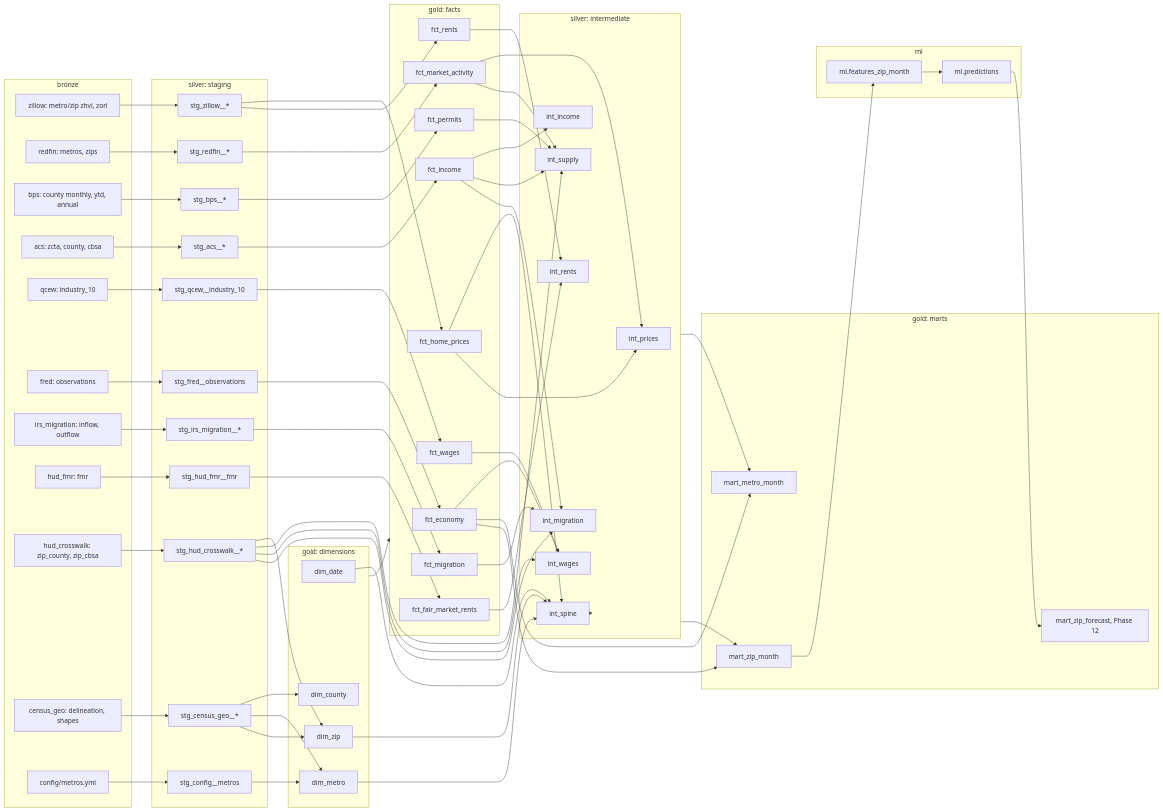
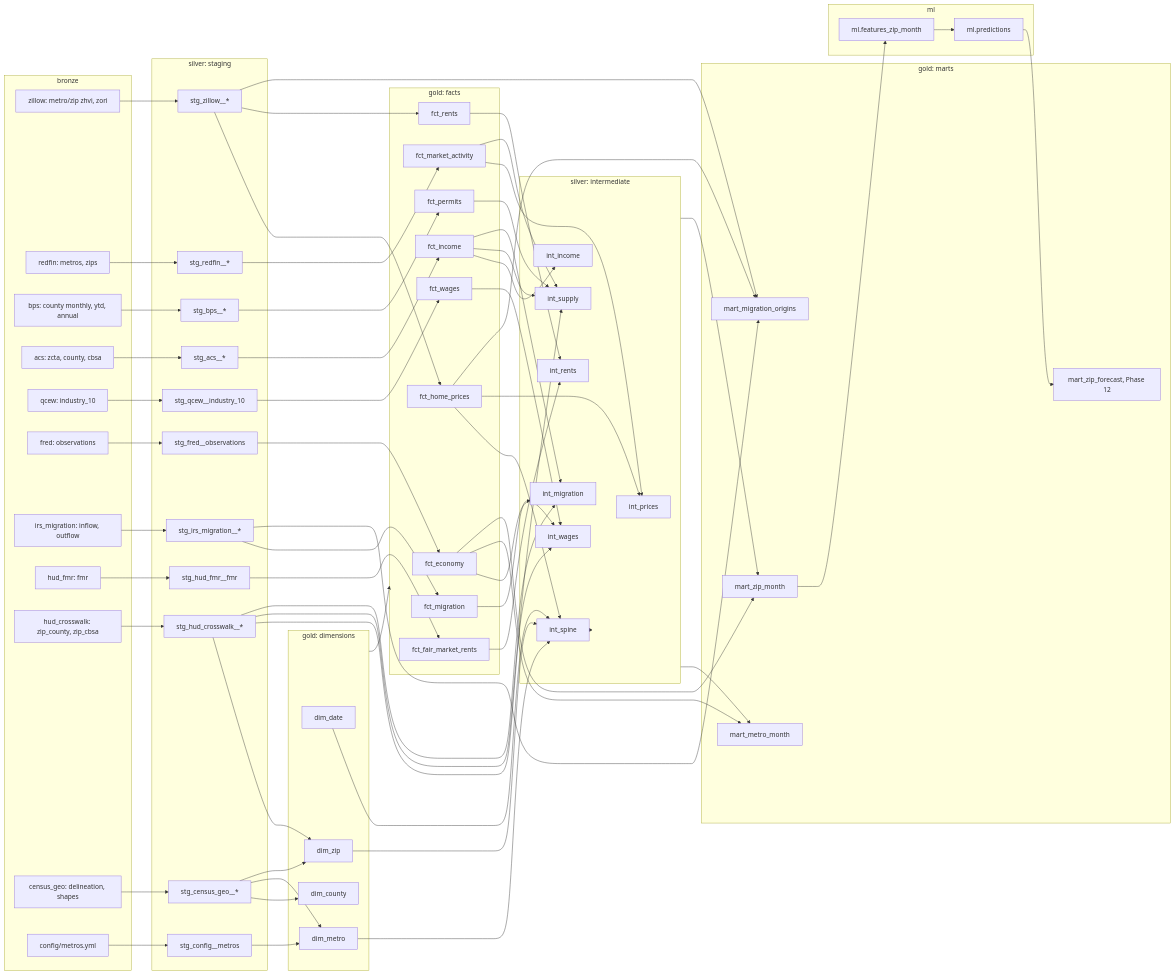
Before and after one commit to YearningAsian/metro-housing-affordability: the second of 2 diagrams in docs/warehouse_design.md, drawn with Mermaid. The commit also changed other lines of this file and 19 other files, not shown here.

First line of the commit message:
Audit fixes and Phase 9 origins mart

```diff
--- a/docs/warehouse_design.md
+++ b/docs/warehouse_design.md
@@ -263,6 +263,7 @@
     subgraph marts [gold: marts]
         mart_metro_month
         mart_zip_month
+        mart_migration_origins
         mart_zip_forecast[mart_zip_forecast, Phase 12]
     end
     subgraph ml
@@ -324,6 +325,9 @@
     intermediate --> mart_zip_month
     fct_economy --> mart_metro_month
     fct_economy --> mart_zip_month
+    s_irs --> mart_migration_origins
+    s_zillow --> mart_migration_origins
+    fct_home_prices --> mart_migration_origins
 
     mart_zip_month --> features
     features --> predictions
```
